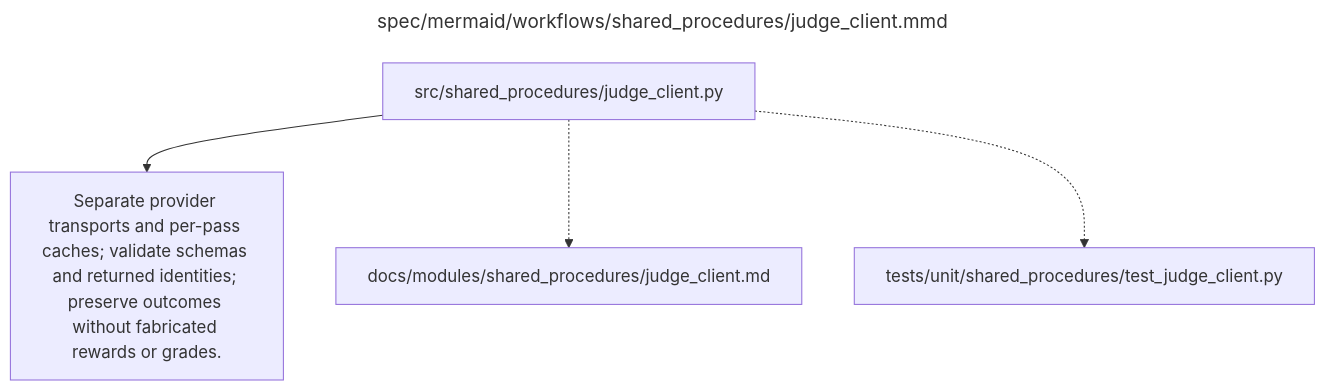
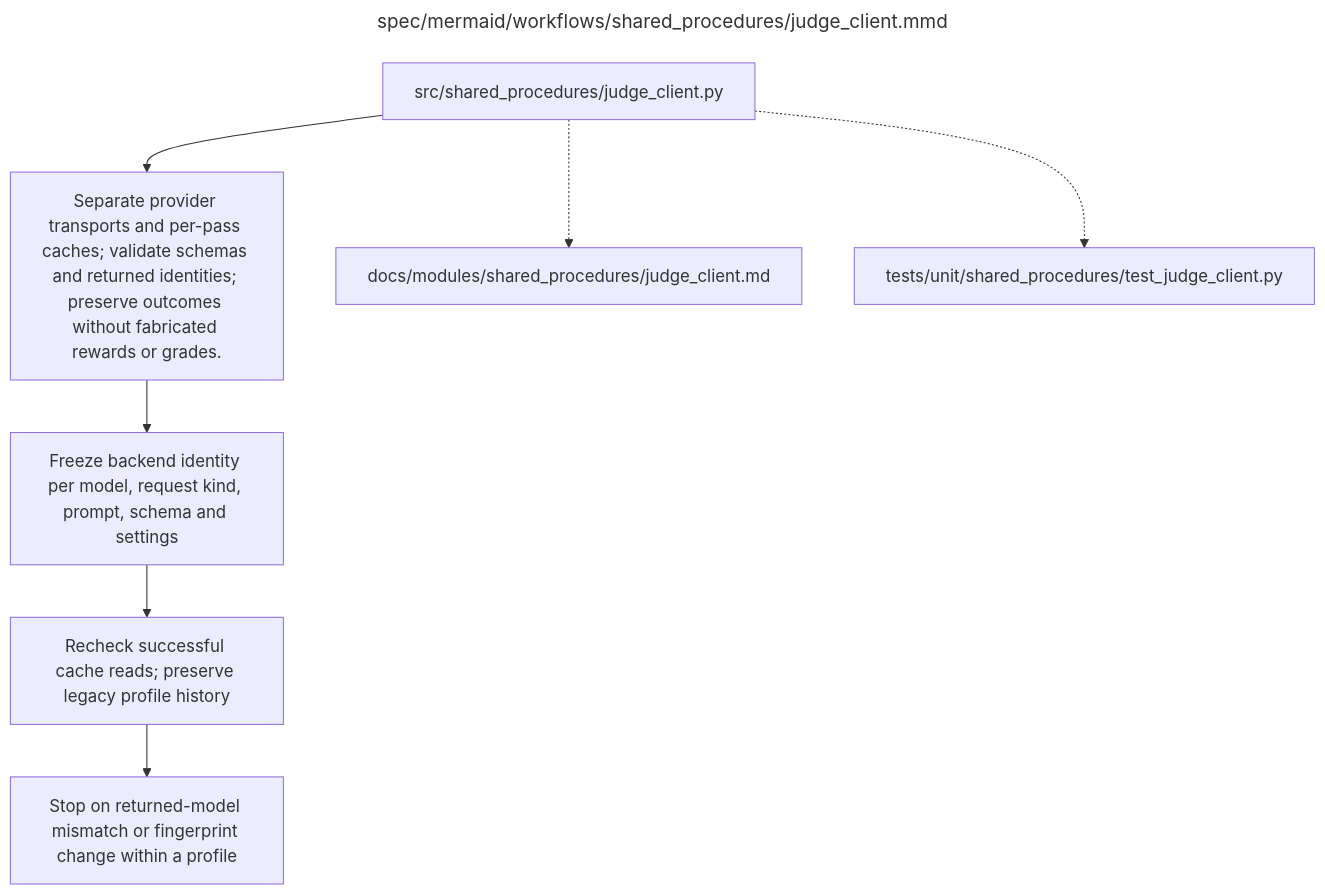
Before and after one commit to AJUNNYC/inducing_persistent_textual_chain_of_thought_illegibility: the diagram in spec/mermaid/workflows/shared_procedures/judge_client.mmd, drawn with Mermaid. The commit also changed 9 other files, not shown here.

Commit message:
Freeze judge backend fingerprints per immutable request profile

```diff
--- a/spec/mermaid/workflows/shared_procedures/judge_client.mmd
+++ b/spec/mermaid/workflows/shared_procedures/judge_client.mmd
@@ -1,17 +1,23 @@
 ---
 title: "spec/mermaid/workflows/shared_procedures/judge_client.mmd"
 ---
 flowchart TD
 %% Source-derived support responsibility, separated into this module by the requested repository organization.
 %% Scientific source: C.3.3–C.3.4; D.2.4–D.2.6; E.1.4; H.5; PDF pages 33, 34, 45, 46, 51, 52, 73, 74.
 %% Repository module: src/shared_procedures/judge_client.py
 %% Module documentation: docs/modules/shared_procedures/judge_client.md
 %% Unit test: tests/unit/shared_procedures/test_judge_client.py
 %% Owner: shared_infrastructure
     MODULE["src/shared_procedures/judge_client.py"]
     CONTRACT["Separate provider transports and per-pass caches; validate schemas and returned identities; preserve outcomes without fabricated rewards or grades."]
     DOCUMENT["docs/modules/shared_procedures/judge_client.md"]
     TEST["tests/unit/shared_procedures/test_judge_client.py"]
     MODULE --> CONTRACT
     MODULE -.-> DOCUMENT
     MODULE -.-> TEST
+    PROFILE["Freeze backend identity per model, request kind, prompt, schema and settings"]
+    CACHE["Recheck successful cache reads; preserve legacy profile history"]
+    STOP["Stop on returned-model mismatch or fingerprint change within a profile"]
+    CONTRACT --> PROFILE
+    PROFILE --> CACHE
+    CACHE --> STOP
```
